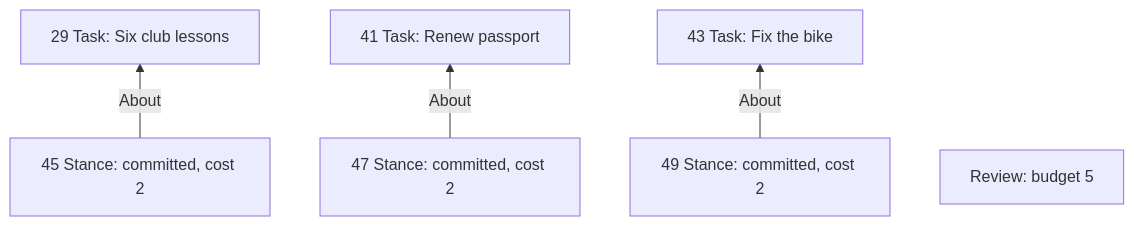
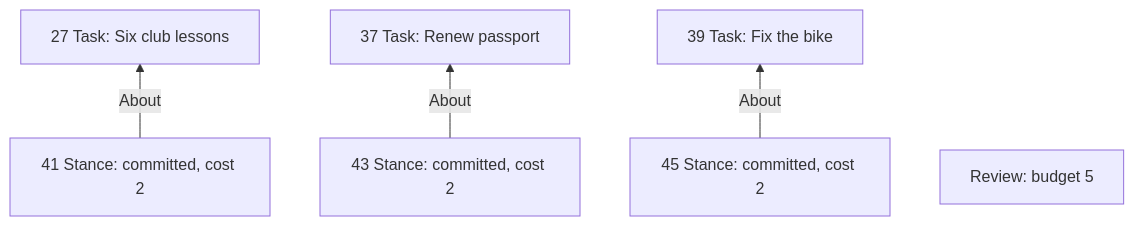
Before and after one commit to RezaOnGithub/lifecore: the fifth of 13 diagrams in docs/PLANNING-EXPLAINER.md, drawn with Mermaid. The commit also changed other lines of this file and 3 other files, not shown here.

````diff
--- a/docs/PLANNING-EXPLAINER.md
+++ b/docs/PLANNING-EXPLAINER.md
@@ -639,10 +616,10 @@
 ```mermaid
 flowchart BT
-    A["29 Task: Six club lessons"]
-    B["41 Task: Renew passport"]
-    C["43 Task: Fix the bike"]
-    SA["45 Stance: committed, cost 2"] -- About --> A
-    SB["47 Stance: committed, cost 2"] -- About --> B
-    SC["49 Stance: committed, cost 2"] -- About --> C
+    A["27 Task: Six club lessons"]
+    B["37 Task: Renew passport"]
+    C["39 Task: Fix the bike"]
+    SA["41 Stance: committed, cost 2"] -- About --> A
+    SB["43 Stance: committed, cost 2"] -- About --> B
+    SC["45 Stance: committed, cost 2"] -- About --> C
     R["Review: budget 5"]
 ```
````
